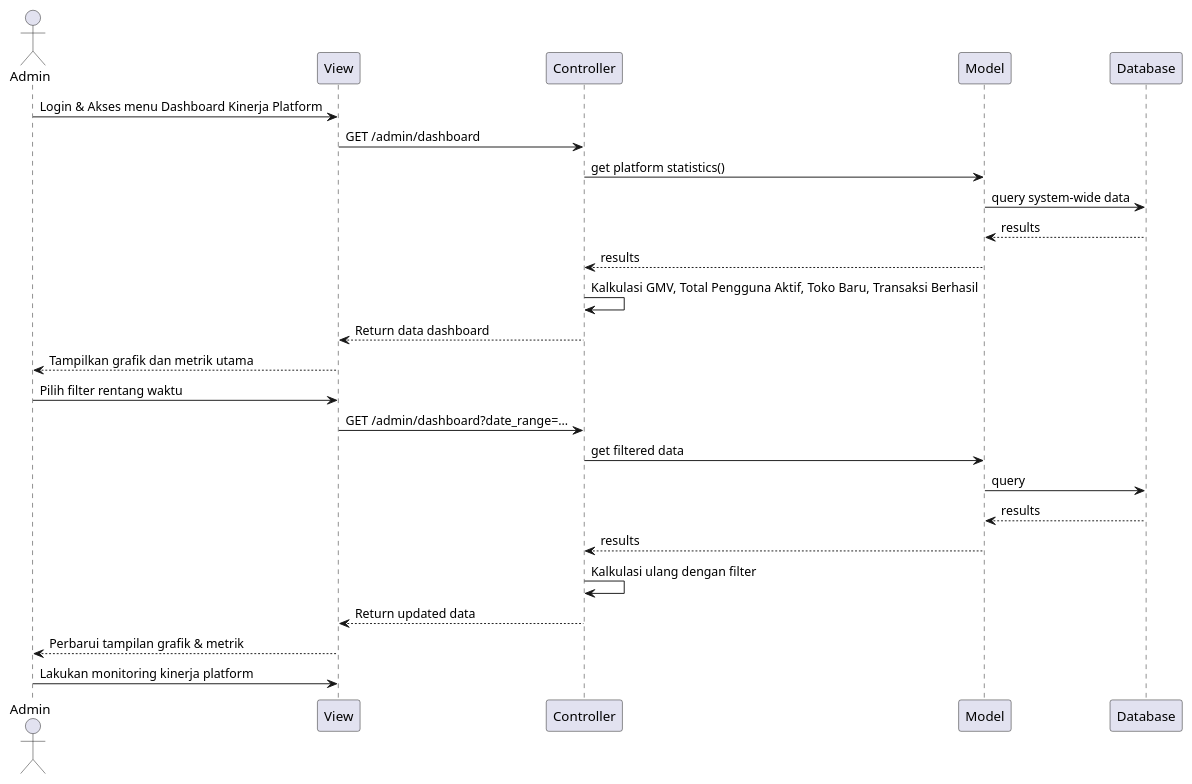
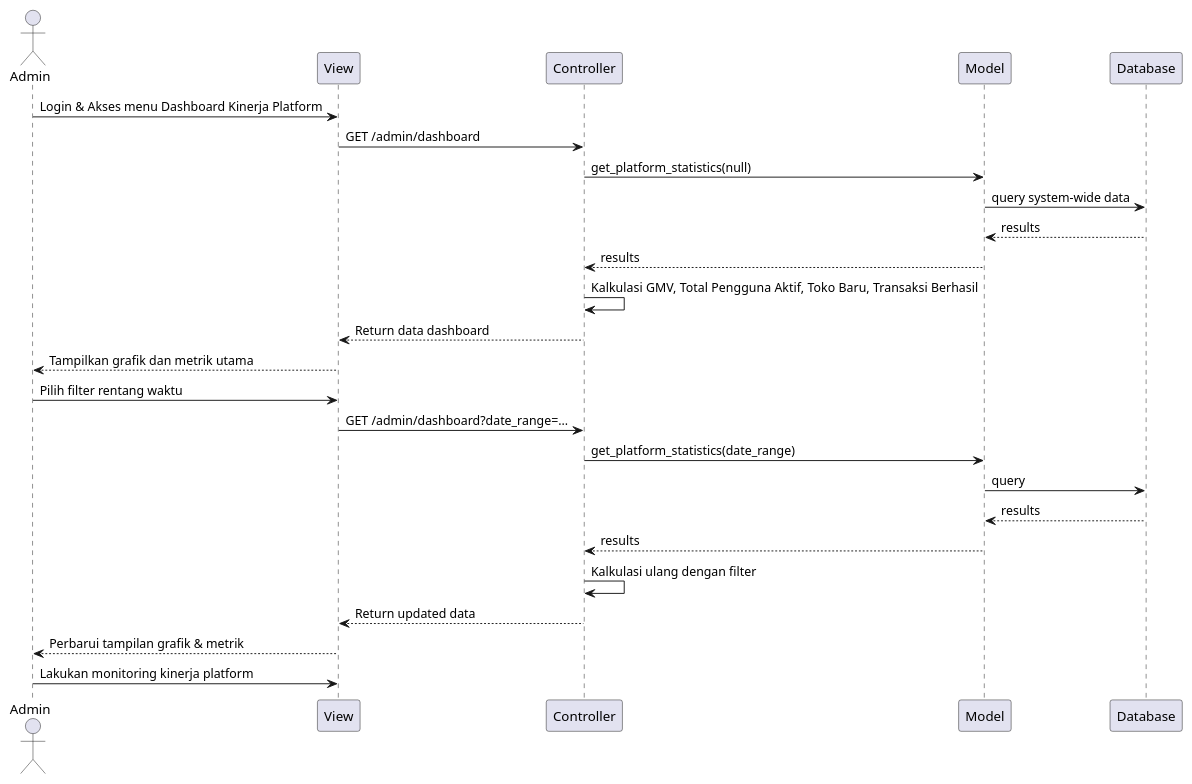
Before and after one commit to GitSyah111/toko-umkm-app: the diagram in docs/uml/sequence-admindash.puml, drawn with PlantUML. The commit also changed 35 other files, not shown here.

First line of the commit message:
feat: add database schema, seeders, and wishlist entity

```diff
--- a/docs/uml/sequence-admindash.puml
+++ b/docs/uml/sequence-admindash.puml
@@ -1,31 +1,31 @@
 @startuml
 actor Admin
 participant View
 participant Controller
 participant Model
 participant Database
 
 Admin -> View : Login & Akses menu Dashboard Kinerja Platform
 View -> Controller : GET /admin/dashboard
 
-Controller -> Model : get platform statistics()
+Controller -> Model : get_platform_statistics(null)
 Model -> Database : query system-wide data
 Database --> Model : results
 Model --> Controller : results
 
 Controller -> Controller : Kalkulasi GMV, Total Pengguna Aktif, Toko Baru, Transaksi Berhasil
 Controller --> View : Return data dashboard
 View --> Admin : Tampilkan grafik dan metrik utama
 
 Admin -> View : Pilih filter rentang waktu
 View -> Controller : GET /admin/dashboard?date_range=...
-Controller -> Model : get filtered data
+Controller -> Model : get_platform_statistics(date_range)
 Model -> Database : query
 Database --> Model : results
 Model --> Controller : results
 Controller -> Controller : Kalkulasi ulang dengan filter
 Controller --> View : Return updated data
 View --> Admin : Perbarui tampilan grafik & metrik
 
 Admin -> View : Lakukan monitoring kinerja platform
 @enduml
```
